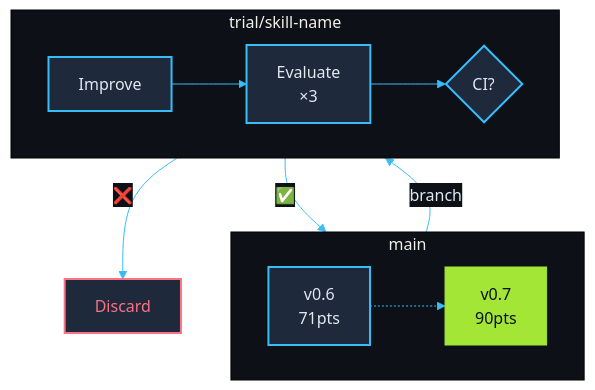
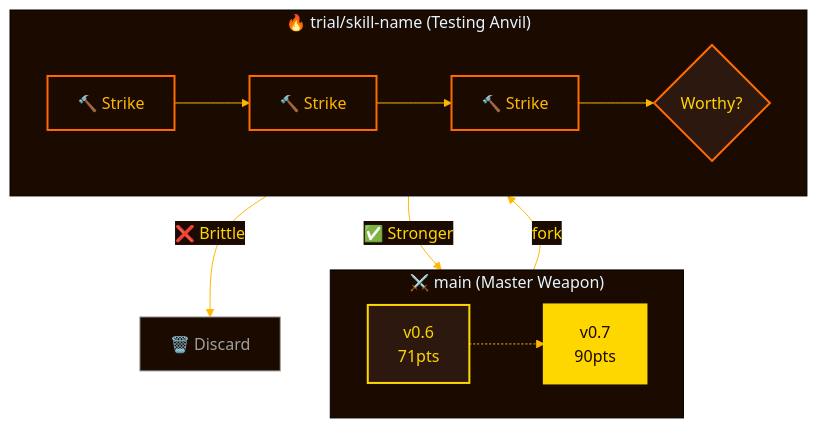
One commit to quantsquirrel/claude-skill-forge changed the second of 3 diagrams in README.md. Above: the diagram before and after it, drawn with Mermaid. The commit also changed other lines of this file and 2 other files, not shown here.

````diff
--- a/README.md
+++ b/README.md
@@ -157,36 +127,38 @@
 ```mermaid
 %%{init: {'theme': 'base', 'themeVariables': {
-  'primaryColor': '#1E293B',
-  'primaryTextColor': '#E2E8F0',
-  'primaryBorderColor': '#38BDF8',
-  'lineColor': '#38BDF8',
-  'secondaryColor': '#0D1117',
-  'tertiaryColor': '#0D1117'
+  'primaryColor': '#2D1810',
+  'primaryTextColor': '#FFD700',
+  'primaryBorderColor': '#FF6B00',
+  'lineColor': '#FFB800',
+  'secondaryColor': '#1A0A00',
+  'tertiaryColor': '#1A0A00'
 }}}%%
 flowchart TB
-    subgraph MAIN["main"]
+    subgraph MAIN["⚔️ main (Master Weapon)"]
         direction LR
         C1["v0.6<br/>71pts"]
         C2["v0.7<br/>90pts"]
         C1 -.-> C2
     end
 
-    subgraph TRIAL["trial/skill-name"]
+    subgraph TRIAL["🔥 trial/skill-name (Testing Anvil)"]
         direction LR
-        T1["Improve"]
-        T2["Evaluate<br/>×3"]
-        T3{"CI?"}
-        T1 --> T2 --> T3
+        T1["🔨 Strike"]
+        T2["🔨 Strike"]
+        T3["🔨 Strike"]
+        T4{"Worthy?"}
+        T1 --> T2 --> T3 --> T4
     end
 
-    C1 -->|branch| T1
-    T3 -->|"✅"| C2
-    T3 -->|"❌"| D["Discard"]
+    C1 -->|"fork"| T1
+    T4 -->|"✅ Stronger"| C2
+    T4 -->|"❌ Brittle"| D["🗑️ Discard"]
 
-    style C1 fill:#1E293B,stroke:#38BDF8,stroke-width:2px,color:#E2E8F0
-    style C2 fill:#A3E635,stroke:#A3E635,color:#0D1117
-    style T1 fill:#1E293B,stroke:#38BDF8,stroke-width:2px,color:#E2E8F0
-    style T2 fill:#1E293B,stroke:#38BDF8,stroke-width:2px,color:#E2E8F0
-    style T3 fill:#1E293B,stroke:#38BDF8,stroke-width:2px,color:#E2E8F0
-    style D fill:#1E293B,stroke:#FB7185,stroke-width:2px,color:#FB7185
+    style C1 fill:#2D1810,stroke:#FFD700,stroke-width:2px,color:#FFD700
+    style C2 fill:#FFD700,stroke:#FFD700,color:#1A0A00,stroke-width:3px
+    style T1 fill:#1A0A00,stroke:#FF6B00,stroke-width:2px,color:#FFB800
+    style T2 fill:#1A0A00,stroke:#FF6B00,stroke-width:2px,color:#FFB800
+    style T3 fill:#1A0A00,stroke:#FF6B00,stroke-width:2px,color:#FFB800
+    style T4 fill:#2D1810,stroke:#FF6B00,stroke-width:2px,color:#FFD700
+    style D fill:#1A0A00,stroke:#A0A0A0,stroke-width:1px,color:#A0A0A0
 ```
````
